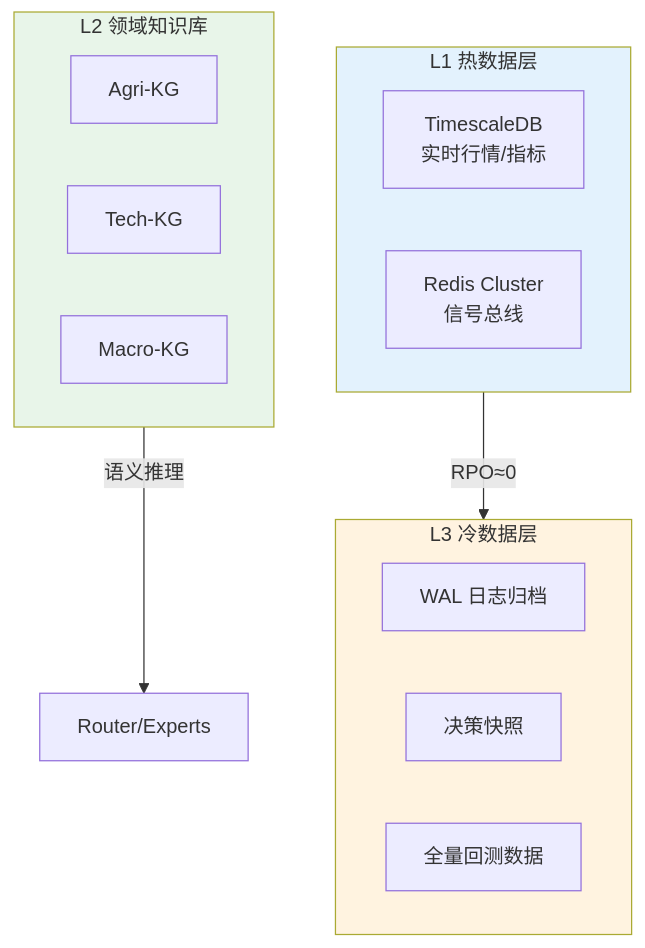
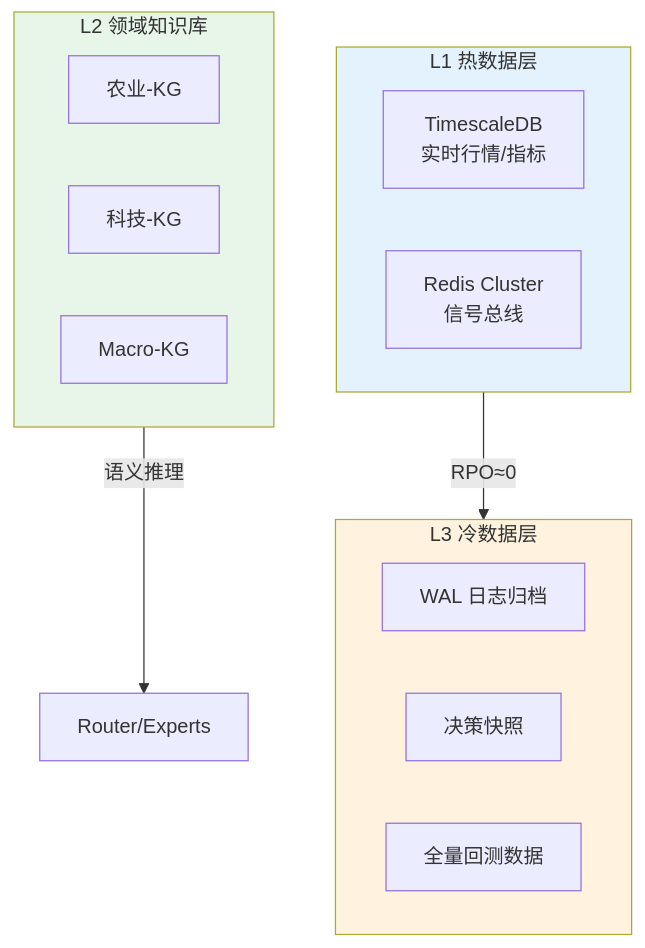
One commit to myxxhui/diting-doc changed the diagram in 02_战略维度/产品设计/03_数据架构与分层存储维度.md. Above: the diagram before and after it, drawn with Mermaid. The commit also changed other lines of this file and 71 other files, not shown here.

````diff
--- a/02_战略维度/产品设计/03_数据架构与分层存储维度.md
+++ b/02_战略维度/产品设计/03_数据架构与分层存储维度.md
@@ -22,22 +22,22 @@
 ```mermaid
 flowchart TB
   subgraph L1["L1 热数据层"]
     TDB[TimescaleDB<br/>实时行情/指标]
     REDIS[Redis Cluster<br/>信号总线]
   end
   subgraph L2["L2 领域知识库"]
-    AGRI[Agri-KG]
-    TECH[Tech-KG]
+    农业[农业-KG]
+    科技[科技-KG]
     MACRO[Macro-KG]
   end
   subgraph L3["L3 冷数据层"]
     WAL[WAL 日志归档]
     SNAP[决策快照]
     BACK[全量回测数据]
   end
   L1 --> |RPO≈0| L3
   L2 --> |语义推理| R[Router/Experts]
   style L1 fill:#e3f2fd
   style L2 fill:#e8f5e9
   style L3 fill:#fff3e0
 ```
````
